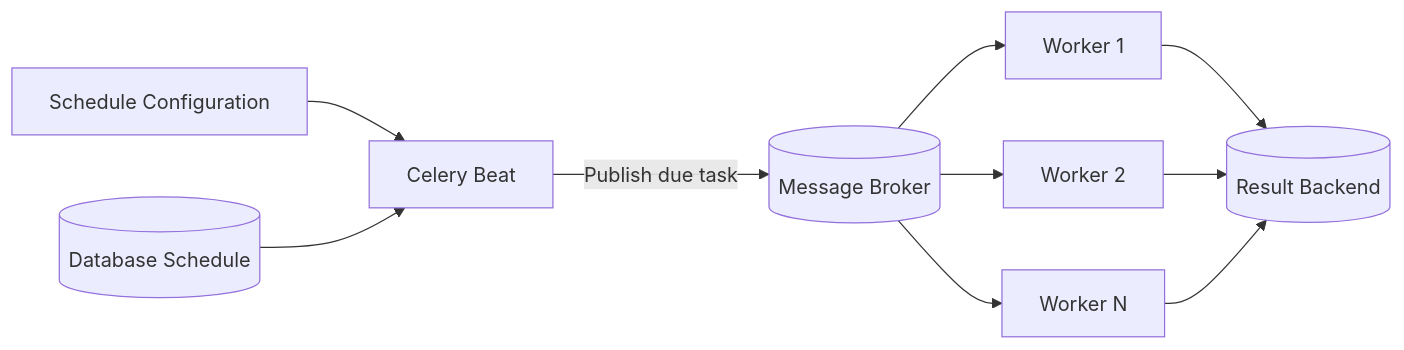
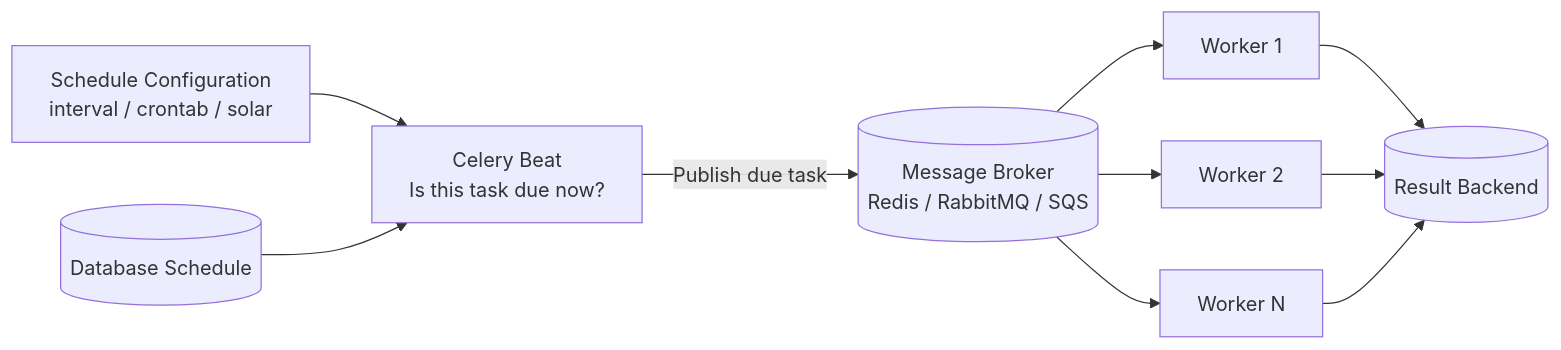
The third of 13 diagrams in src/content/task-processing/celery-beat-periodic-tasks.md (AvadhBhalodiya/Interview-Preparation), drawn with Mermaid before and after one commit. The commit also changed other lines of this file and 113 other files, not shown here.

````diff
--- a/src/content/task-processing/celery-beat-periodic-tasks.md
+++ b/src/content/task-processing/celery-beat-periodic-tasks.md
@@ -105,12 +113,12 @@
 ```mermaid
 flowchart LR
-    A[Schedule Configuration] --> B[Celery Beat]
+    A["Schedule Configuration<br/>interval / crontab / solar"] --> B["Celery Beat<br/>Is this task due now?"]
     DB[(Database Schedule)] --> B
-    B -->|Publish due task| C[(Message Broker)]
+    B -->|Publish due task| C[("Message Broker<br/>Redis / RabbitMQ / SQS")]
     C --> D[Worker 1]
     C --> E[Worker 2]
     C --> F[Worker N]
     D --> G[(Result Backend)]
     E --> G
     F --> G
 ```
````
